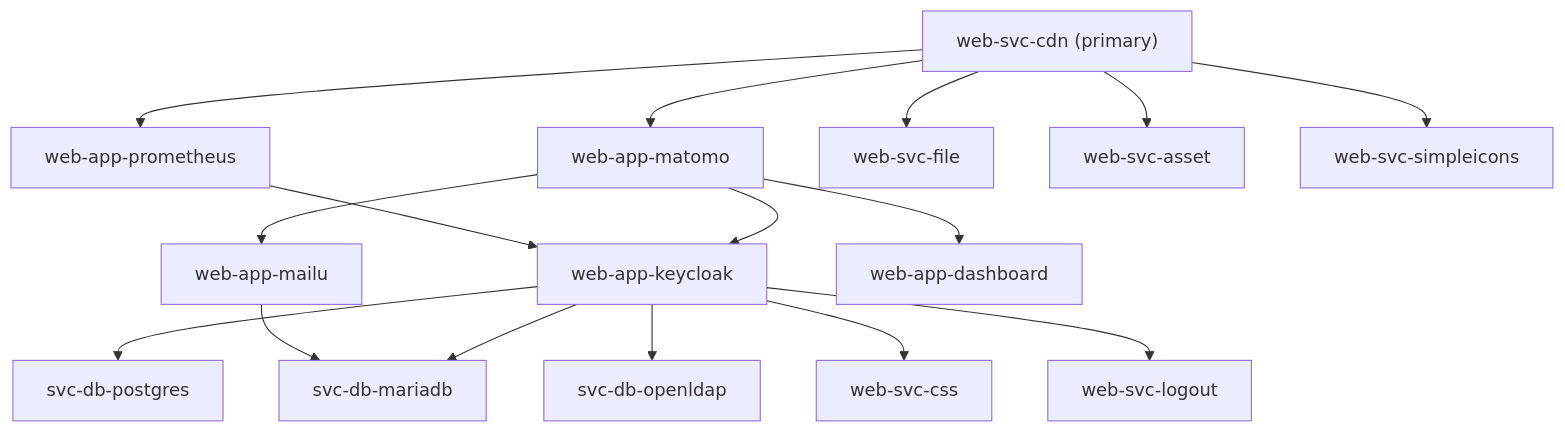
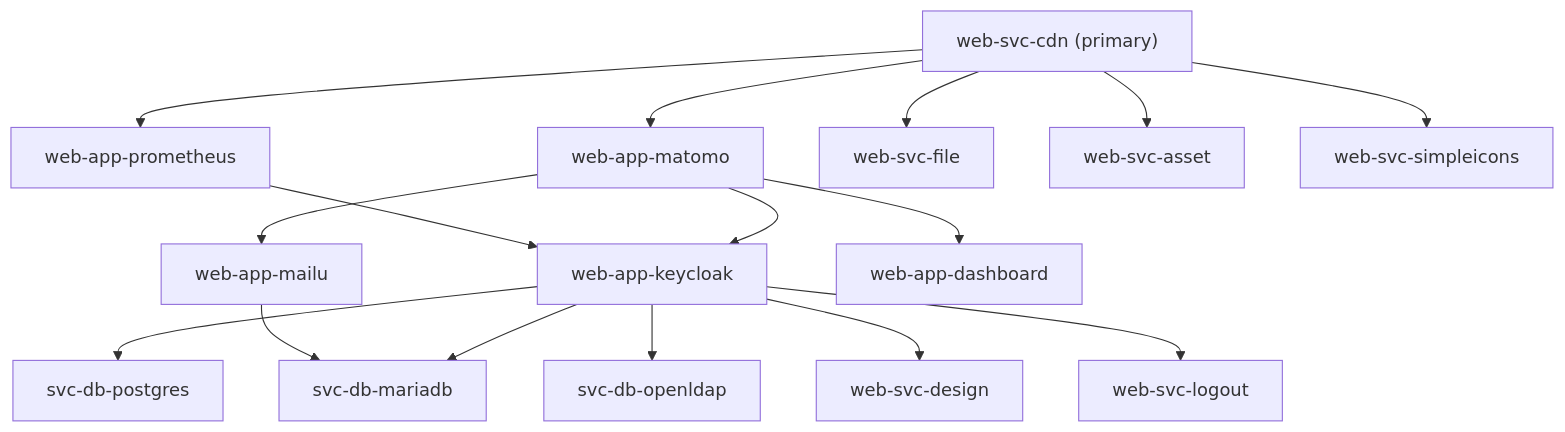
Before and after one commit to infinito-nexus/core: the fifth of 8 diagrams in cli/administration/deploy/development/README.md, drawn with Mermaid. The commit also changed 437 other files, not shown here.

````diff
--- a/cli/administration/deploy/development/README.md
+++ b/cli/administration/deploy/development/README.md
@@ -126,18 +126,18 @@
 ```mermaid
 flowchart TD
     CDN["web-svc-cdn (primary)"] --> MAT["web-app-matomo"]
     CDN --> PRM["web-app-prometheus"]
     MAT --> KC["web-app-keycloak"]
     PRM --> KC
     MAT --> MAILU["web-app-mailu"]
     KC --> PG["svc-db-postgres"]
     KC --> MDB["svc-db-mariadb"]
     KC --> LDAP["svc-db-openldap"]
     MAILU --> MDB
-    KC --> CSS["web-svc-css"]
+    KC --> CSS["web-svc-design"]
     KC --> LOGOUT["web-svc-logout"]
     MAT --> DASH["web-app-dashboard"]
     CDN --> FILE["web-svc-file"]
     CDN --> ASSET["web-svc-asset"]
     CDN --> SIMPLE["web-svc-simpleicons"]
 ```
````
